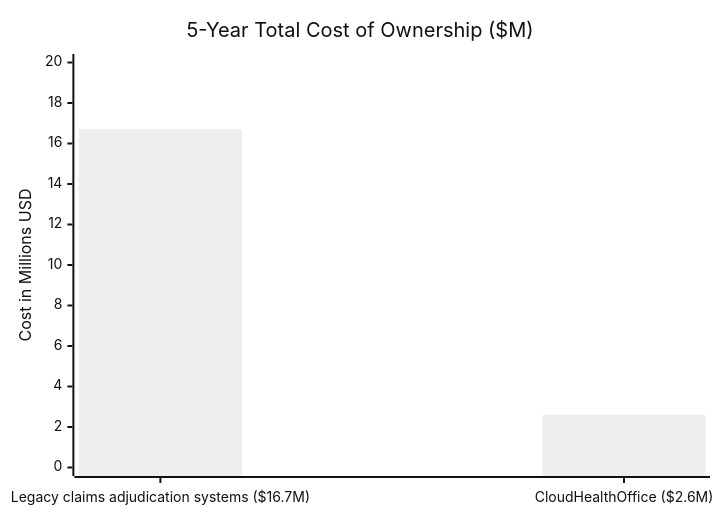
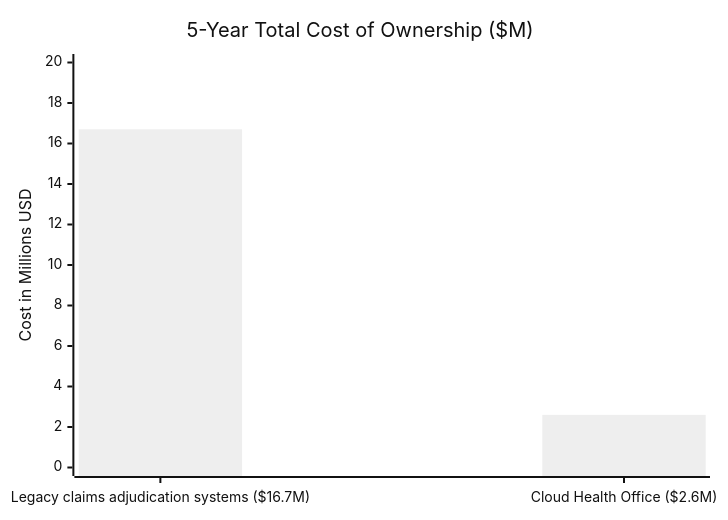
One commit to ssdotai/healthcorex changed the first of 4 diagrams in docs/security/WHITEPAPER-CMS-0057-F-COMPLIANCE.md. Above: the diagram before and after it, drawn with Mermaid. The commit also changed other lines of this file and 1880 other files, not shown here.

````diff
--- a/docs/security/WHITEPAPER-CMS-0057-F-COMPLIANCE.md
+++ b/docs/security/WHITEPAPER-CMS-0057-F-COMPLIANCE.md
@@ -162,8 +162,8 @@
 ```mermaid
 %%{init: {'theme': 'neutral', 'themeVariables': { 'primaryColor': '#3498db', 'secondaryColor': '#27ae60' }}}%%
 xychart-beta
     title "5-Year Total Cost of Ownership ($M)"
-    x-axis ["Legacy claims adjudication systems ($16.7M)", "CloudHealthOffice ($2.6M)"]
+    x-axis ["Legacy claims adjudication systems ($16.7M)", "Cloud Health Office ($2.6M)"]
     y-axis "Cost in Millions USD" 0 --> 20
     bar [16.7, 2.6]
 ```
````
